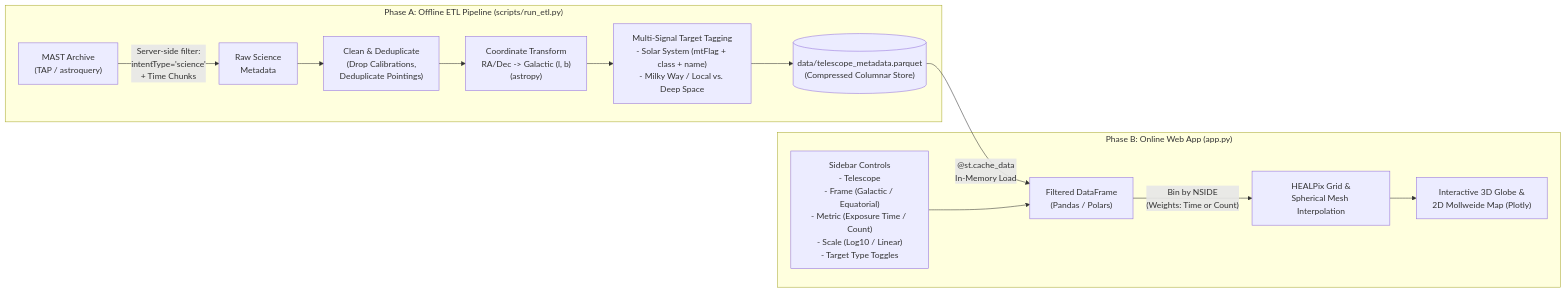
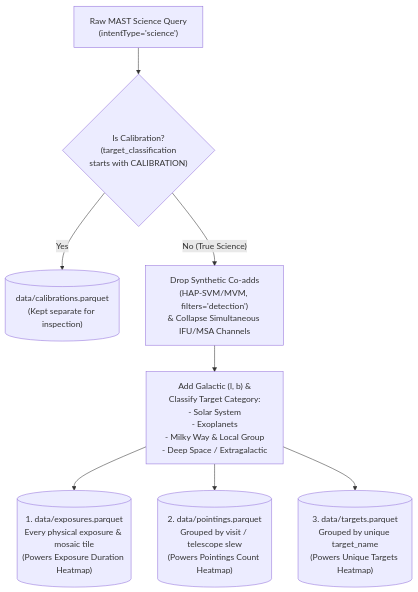
Before and after one commit to JustMohsen/space-telescopes-observation-heatmap: the diagram in telescope_heatmap_blueprint.md, drawn with Mermaid. The commit also changed other lines of this file and 15 other files, not shown here.

Commit message:
Feat: Complete 10-telescope ETL, 3D/2D heatmaps, target explorer, date filters, and pre-commit

````diff
--- a/telescope_heatmap_blueprint.md
+++ b/telescope_heatmap_blueprint.md
@@ -83,17 +103,10 @@
 ```mermaid
-flowchart LR
-    subgraph PhaseA["Phase A: Offline ETL Pipeline (scripts/run_etl.py)"]
-        MAST["MAST Archive\n(TAP / astroquery)"] -->|"Server-side filter:\nintentType='science'\n+ Time Chunks"| Raw["Raw Science\nMetadata"]
-        Raw --> Dedup["Clean & Deduplicate\n(Drop Calibrations,\nDeduplicate Pointings)"]
-        Dedup --> Coords["Coordinate Transform\nRA/Dec -> Galactic (l, b)\n(astropy)"]
-        Coords --> Classify["Multi-Signal Target Tagging\n- Solar System (mtFlag + class + name)\n- Milky Way / Local vs. Deep Space"]
-        Classify --> Parquet[("data/telescope_metadata.parquet\n(Compressed Columnar Store)")]
-    end
-
-    subgraph PhaseB["Phase B: Online Web App (app.py)"]
-        Parquet -->|"@st.cache_data\nIn-Memory Load"| DF["Filtered DataFrame\n(Pandas / Polars)"]
-        UI["Sidebar Controls\n- Telescope\n- Frame (Galactic / Equatorial)\n- Metric (Exposure Time / Count)\n- Scale (Log10 / Linear)\n- Target Type Toggles"] --> DF
-        DF -->|"Bin by NSIDE\n(Weights: Time or Count)"| Healpy["HEALPix Grid &\nSpherical Mesh Interpolation"]
-        Healpy --> Plotly["Interactive 3D Globe &\n2D Mollweide Map (Plotly)"]
-    end
+flowchart TD
+    Raw["Raw MAST Science Query\n(intentType='science')"] --> SplitCal{"Is Calibration?\n(target_classification\nstarts with CALIBRATION)"}
+    SplitCal -->|"Yes"| CalTable[("data/calibrations.parquet\n(Kept separate for inspection)")]
+    SplitCal -->|"No (True Science)"| DropHAP["Drop Synthetic Co-adds\n(HAP-SVM/MVM, filters='detection')\n& Collapse Simultaneous IFU/MSA Channels"]
+    DropHAP --> Coords["Add Galactic (l, b) &\nClassify Target Category:\n- Solar System\n- Exoplanets\n- Milky Way & Local Group\n- Deep Space / Extragalactic"]
+    Coords --> ExpTable[("1. data/exposures.parquet\nEvery physical exposure & mosaic tile\n(Powers Exposure Duration Heatmap)")]
+    Coords --> PtgTable[("2. data/pointings.parquet\nGrouped by visit / telescope slew\n(Powers Pointings Count Heatmap)")]
+    Coords --> TgtTable[("3. data/targets.parquet\nGrouped by unique target_name\n(Powers Unique Targets Heatmap)")]
 ```
````
